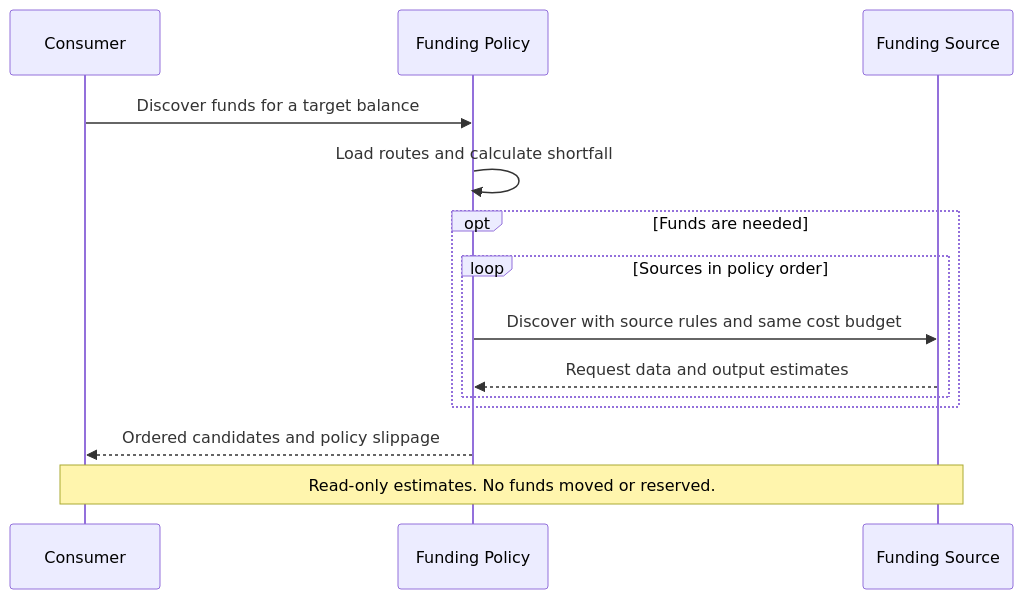
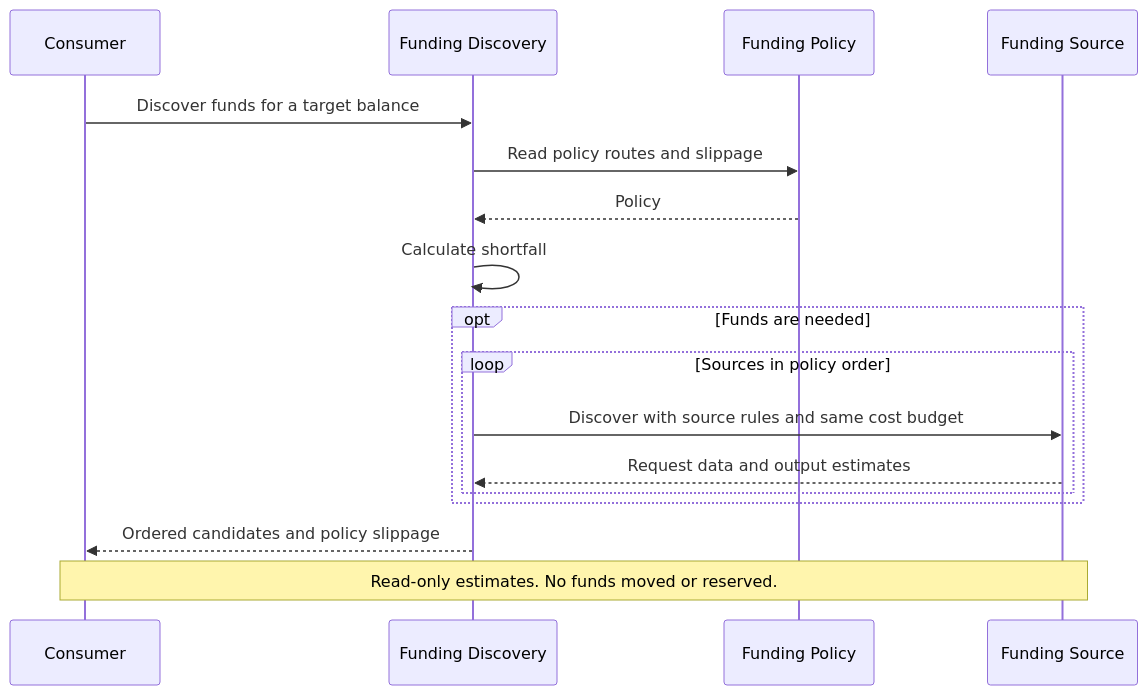
Before and after one commit to tempoxyz/tempo: the third of 3 diagrams in tips/tip-1120.md, drawn with Mermaid. The commit also changed other lines of this file, not shown here.

Commit message:
docs: separate protocol-deployed funding discovery

````diff
--- a/tips/tip-1120.md
+++ b/tips/tip-1120.md
@@ -814,17 +834,20 @@
 ```mermaid
 sequenceDiagram
     participant C as Consumer
-    participant P as Funding Policy
+    participant P as Funding Discovery
+    participant R as Funding Policy
     participant F as Funding Source
 
     C->>P: Discover funds for a target balance
-    P->>P: Load routes and calculate shortfall
+    P->>R: Read policy routes and slippage
+    R-->>P: Policy
+    P->>P: Calculate shortfall
     opt Funds are needed
         loop Sources in policy order
             P->>F: Discover with source rules and same cost budget
             F-->>P: Request data and output estimates
         end
     end
     P-->>C: Ordered candidates and policy slippage
     Note over C,F: Read-only estimates. No funds moved or reserved.
 ```
````
